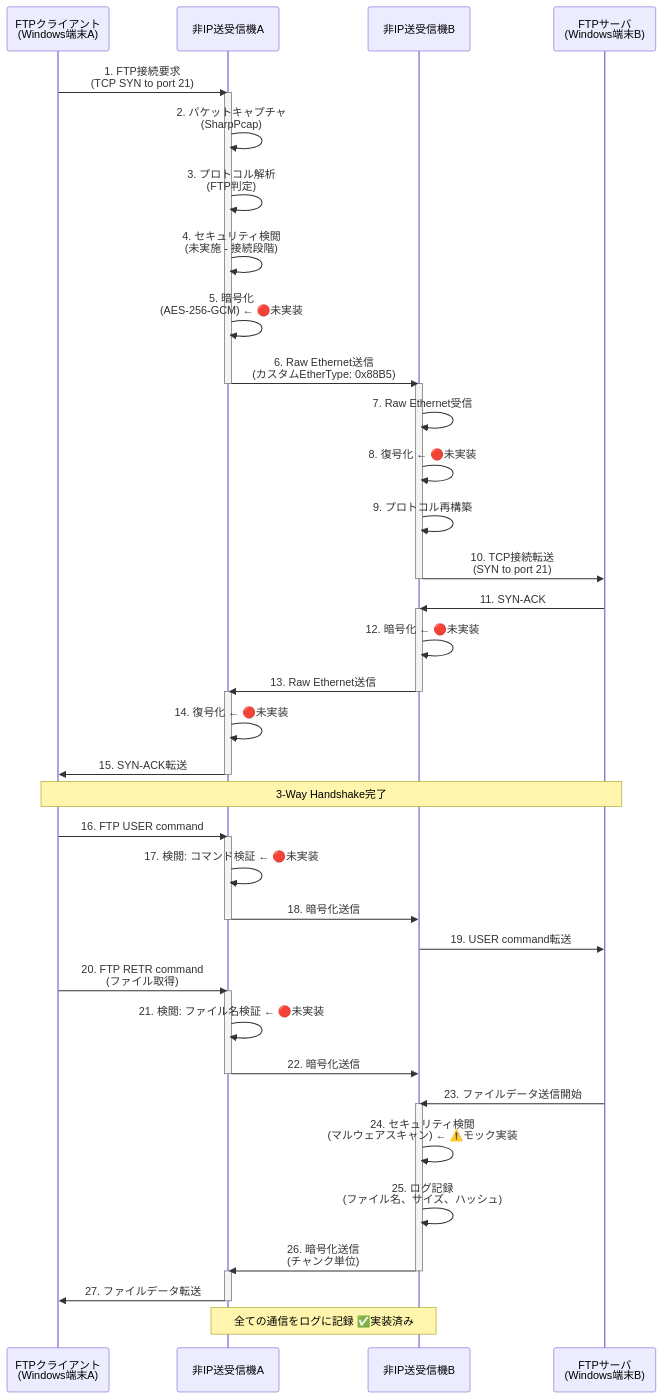
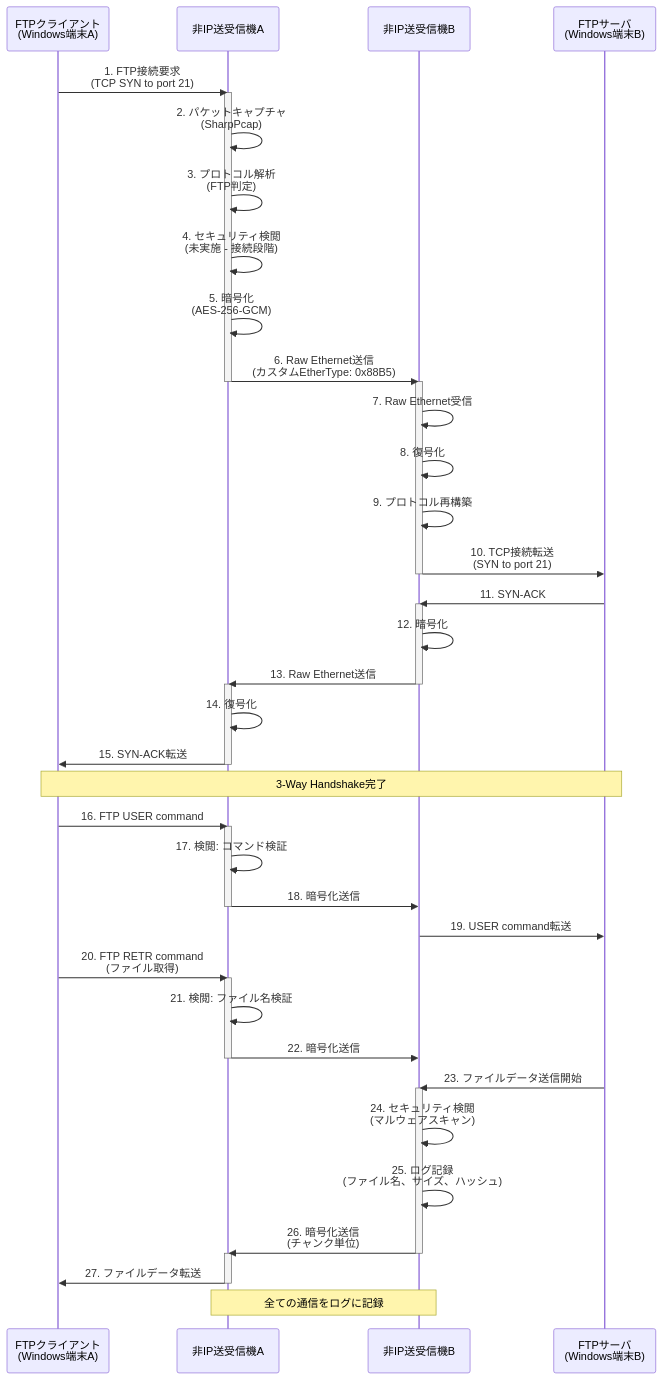
Before and after one commit to InvestorX/Non-IP-File-Delivery: the fourth of 6 diagrams in docs/functionaldesign.md, drawn with Mermaid. The commit also changed other lines of this file, not shown here.

````diff
--- a/docs/functionaldesign.md
+++ b/docs/functionaldesign.md
@@ -227,62 +287,62 @@
 ```mermaid
 sequenceDiagram
     participant FTPClient as FTPクライアント<br/>(Windows端末A)
     participant ProxyA as 非IP送受信機A
     participant ProxyB as 非IP送受信機B
     participant FTPServer as FTPサーバ<br/>(Windows端末B)
     
     FTPClient->>ProxyA: 1. FTP接続要求<br/>(TCP SYN to port 21)
     activate ProxyA
     ProxyA->>ProxyA: 2. パケットキャプチャ<br/>(SharpPcap)
     ProxyA->>ProxyA: 3. プロトコル解析<br/>(FTP判定)
     ProxyA->>ProxyA: 4. セキュリティ検閲<br/>(未実施 - 接続段階)
-    ProxyA->>ProxyA: 5. 暗号化<br/>(AES-256-GCM) ← 🔴未実装
+    ProxyA->>ProxyA: 5. 暗号化<br/>(AES-256-GCM)
     ProxyA->>ProxyB: 6. Raw Ethernet送信<br/>(カスタムEtherType: 0x88B5)
     deactivate ProxyA
     
     activate ProxyB
     ProxyB->>ProxyB: 7. Raw Ethernet受信
-    ProxyB->>ProxyB: 8. 復号化 ← 🔴未実装
+    ProxyB->>ProxyB: 8. 復号化
     ProxyB->>ProxyB: 9. プロトコル再構築
     ProxyB->>FTPServer: 10. TCP接続転送<br/>(SYN to port 21)
     deactivate ProxyB
     
     FTPServer->>ProxyB: 11. SYN-ACK
     activate ProxyB
-    ProxyB->>ProxyB: 12. 暗号化 ← 🔴未実装
+    ProxyB->>ProxyB: 12. 暗号化
     ProxyB->>ProxyA: 13. Raw Ethernet送信
     deactivate ProxyB
     
     activate ProxyA
-    ProxyA->>ProxyA: 14. 復号化 ← 🔴未実装
+    ProxyA->>ProxyA: 14. 復号化
     ProxyA->>FTPClient: 15. SYN-ACK転送
     deactivate ProxyA
     
     Note over FTPClient,FTPServer: 3-Way Handshake完了
     
     FTPClient->>ProxyA: 16. FTP USER command
     activate ProxyA
-    ProxyA->>ProxyA: 17. 検閲: コマンド検証 ← 🔴未実装
+    ProxyA->>ProxyA: 17. 検閲: コマンド検証
     ProxyA->>ProxyB: 18. 暗号化送信
     deactivate ProxyA
     ProxyB->>FTPServer: 19. USER command転送
     
     FTPClient->>ProxyA: 20. FTP RETR command<br/>(ファイル取得)
     activate ProxyA
-    ProxyA->>ProxyA: 21. 検閲: ファイル名検証 ← 🔴未実装
+    ProxyA->>ProxyA: 21. 検閲: ファイル名検証
     ProxyA->>ProxyB: 22. 暗号化送信
     deactivate ProxyA
     
     FTPServer->>ProxyB: 23. ファイルデータ送信開始
     activate ProxyB
-    ProxyB->>ProxyB: 24. セキュリティ検閲<br/>(マルウェアスキャン) ← ⚠️モック実装
+    ProxyB->>ProxyB: 24. セキュリティ検閲<br/>(マルウェアスキャン)
     ProxyB->>ProxyB: 25. ログ記録<br/>(ファイル名、サイズ、ハッシュ)
     ProxyB->>ProxyA: 26. 暗号化送信<br/>(チャンク単位)
     deactivate ProxyB
     
     activate ProxyA
     ProxyA->>FTPClient: 27. ファイルデータ転送
     deactivate ProxyA
     
-    Note over ProxyA,ProxyB: 全ての通信をログに記録 ✅実装済み
+    Note over ProxyA,ProxyB: 全ての通信をログに記録
 ```
````
